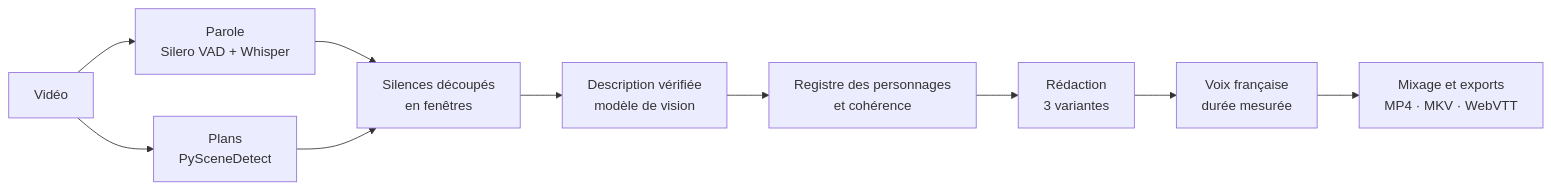
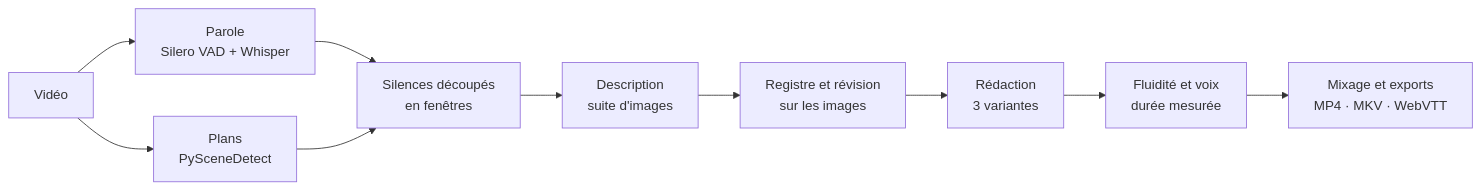
The diagram in README.md (swinn37/AudesIA), drawn with Mermaid before and after one commit. The commit also changed other lines of this file and 2 other files, not shown here.

First line of the commit message:
Description plus fidèle et plus fluide : révision sur les images, sans redites

````diff
--- a/README.md
+++ b/README.md
@@ -29,12 +29,12 @@
 ```mermaid
 flowchart LR
   A[Vidéo] --> B[Parole<br/>Silero VAD + Whisper]
   A --> C[Plans<br/>PySceneDetect]
   B --> D[Silences découpés<br/>en fenêtres]
   C --> D
-  D --> E[Description vérifiée<br/>modèle de vision]
-  E --> R[Registre des personnages<br/>et cohérence]
+  D --> E[Description<br/>suite d'images]
+  E --> R[Registre et révision<br/>sur les images]
   R --> F[Rédaction<br/>3 variantes]
-  F --> G[Voix française<br/>durée mesurée]
+  F --> G[Fluidité et voix<br/>durée mesurée]
   G --> H[Mixage et exports<br/>MP4 · MKV · WebVTT]
 ```
````
